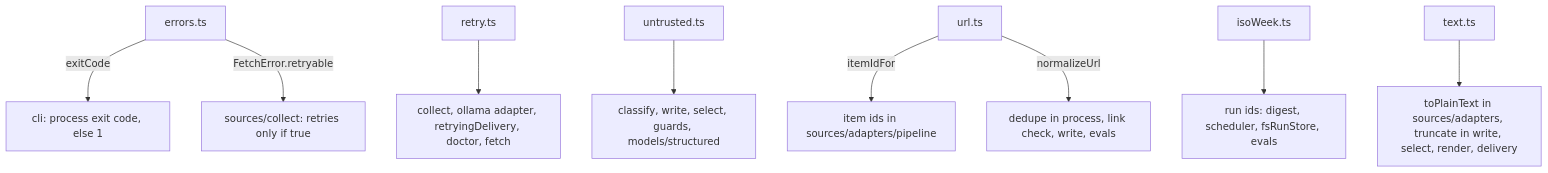
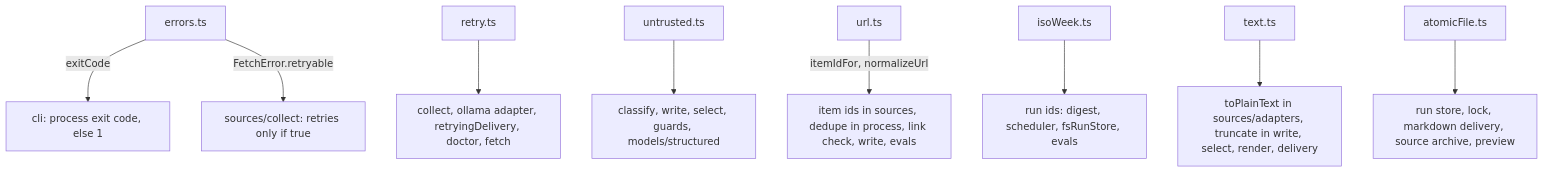
The second of 2 diagrams in src/shared/CLAUDE.md (odere-pro/weekly-engineering-digest-agent), drawn with Mermaid before and after one commit. The commit also changed other lines of this file and 119 other files, not shown here.

````diff
--- a/src/shared/CLAUDE.md
+++ b/src/shared/CLAUDE.md
@@ -19,11 +19,11 @@
 ```mermaid
 flowchart TD
   errors["errors.ts"] -->|"exitCode"| exit["cli: process exit code, else 1"]
   errors -->|"FetchError.retryable"| collect["sources/collect: retries only if true"]
   retry["retry.ts"] --> callers["collect, ollama adapter, retryingDelivery, doctor, fetch"]
   untrusted["untrusted.ts"] --> prompts["classify, write, select, guards, models/structured"]
-  url["url.ts"] -->|"itemIdFor"| ids["item ids in sources/adapters/pipeline"]
-  url -->|"normalizeUrl"| compare["dedupe in process, link check, write, evals"]
+  url["url.ts"] -->|"itemIdFor, normalizeUrl"| ids["item ids in sources, dedupe in process, link check, write, evals"]
   isoWeek["isoWeek.ts"] --> weeks["run ids: digest, scheduler, fsRunStore, evals"]
   text["text.ts"] --> caps["toPlainText in sources/adapters, truncate in write, select, render, delivery"]
+  atomic["atomicFile.ts"] --> files["run store, lock, markdown delivery, source archive, preview"]
 ```
````
